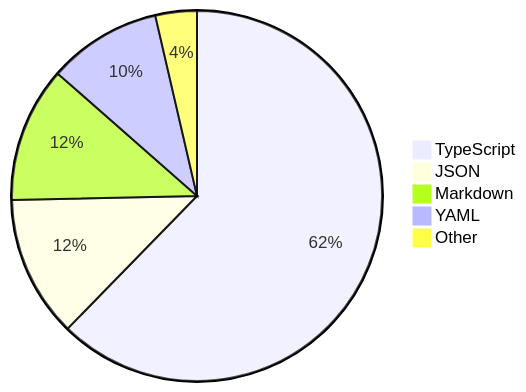
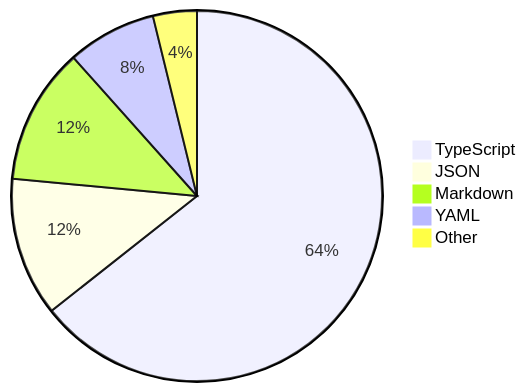
Before and after one commit to skvggor/skvggor: the diagram in README.md, drawn with Mermaid.

Commit message:
Updated waka-readme graph with new metrics

````diff
--- a/README.md
+++ b/README.md
@@ -39,8 +39,8 @@
 ```mermaid
 pie
-    "TypeScript" : 58.5
-    "JSON" : 11.6
-    "Markdown" : 11.1
-    "YAML" : 9.3
-    "Other" : 3.4
+    "TypeScript" : 60.5
+    "JSON" : 11.4
+    "Markdown" : 11.2
+    "YAML" : 7.3
+    "Other" : 3.6
 ```
````
